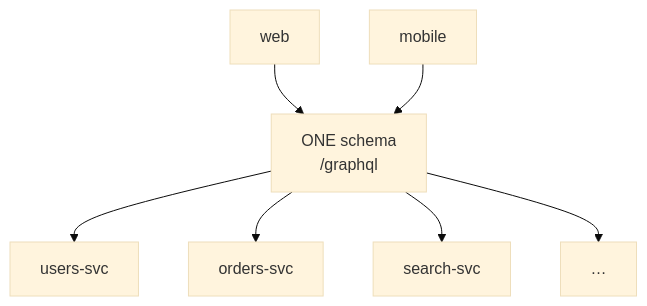
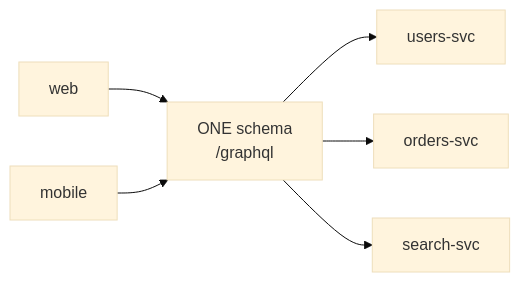
Before and after one commit to salamaashoush/graphql-slides: the fourth of 5 diagrams in slides.md, drawn with Mermaid (base theme). The commit also changed other lines of this file and 4 other files, not shown here.

````diff
--- a/slides.md
+++ b/slides.md
@@ -1000,10 +1216,9 @@
 ```mermaid {theme:'dark', scale:0.72}
-flowchart TB
+flowchart LR
   C1[web] --> G
   C2[mobile] --> G
   G["ONE schema<br/>/graphql"]
   G --> S1[users-svc]
   G --> S2[orders-svc]
   G --> S3[search-svc]
-  G --> S4[…]
 ```
````
